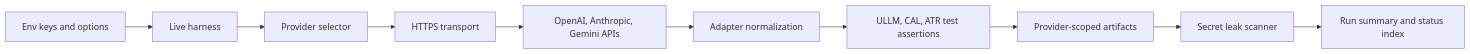
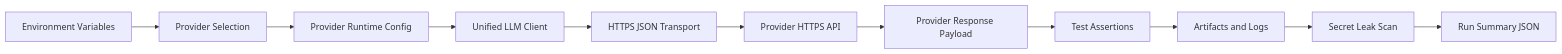
Before and after one commit to jaytaylor/attractor-tcl: the fourth of 5 diagrams in docs/sprints/SPRINT-004-comprehensive-implementation-plan.md, drawn with Mermaid. The commit also changed other lines of this file, not shown here.

````diff
--- a/docs/sprints/SPRINT-004-comprehensive-implementation-plan.md
+++ b/docs/sprints/SPRINT-004-comprehensive-implementation-plan.md
@@ -2011,12 +1187,13 @@
 ```mermaid
 flowchart LR
-  ENV[Env keys and options] --> HARNESS[Live harness]
-  HARNESS --> SELECTOR[Provider selector]
-  SELECTOR --> TRANSPORT[HTTPS transport]
-  TRANSPORT --> PROVIDERS[OpenAI, Anthropic, Gemini APIs]
-  PROVIDERS --> NORMALIZER[Adapter normalization]
-  NORMALIZER --> COMPONENTS[ULLM, CAL, ATR test assertions]
-  COMPONENTS --> ARTIFACTS[Provider-scoped artifacts]
-  ARTIFACTS --> SCAN[Secret leak scanner]
-  SCAN --> SUMMARY[Run summary and status index]
+  ENV[Environment Variables] --> SEL[Provider Selection]
+  SEL --> CFG[Provider Runtime Config]
+  CFG --> ULLM[Unified LLM Client]
+  ULLM --> TX[HTTPS JSON Transport]
+  TX --> API[Provider HTTPS API]
+  API --> RESP[Provider Response Payload]
+  RESP --> ASSERT[Test Assertions]
+  ASSERT --> ART[Artifacts and Logs]
+  ART --> SCAN[Secret Leak Scan]
+  SCAN --> SUMMARY[Run Summary JSON]
 ```
````
